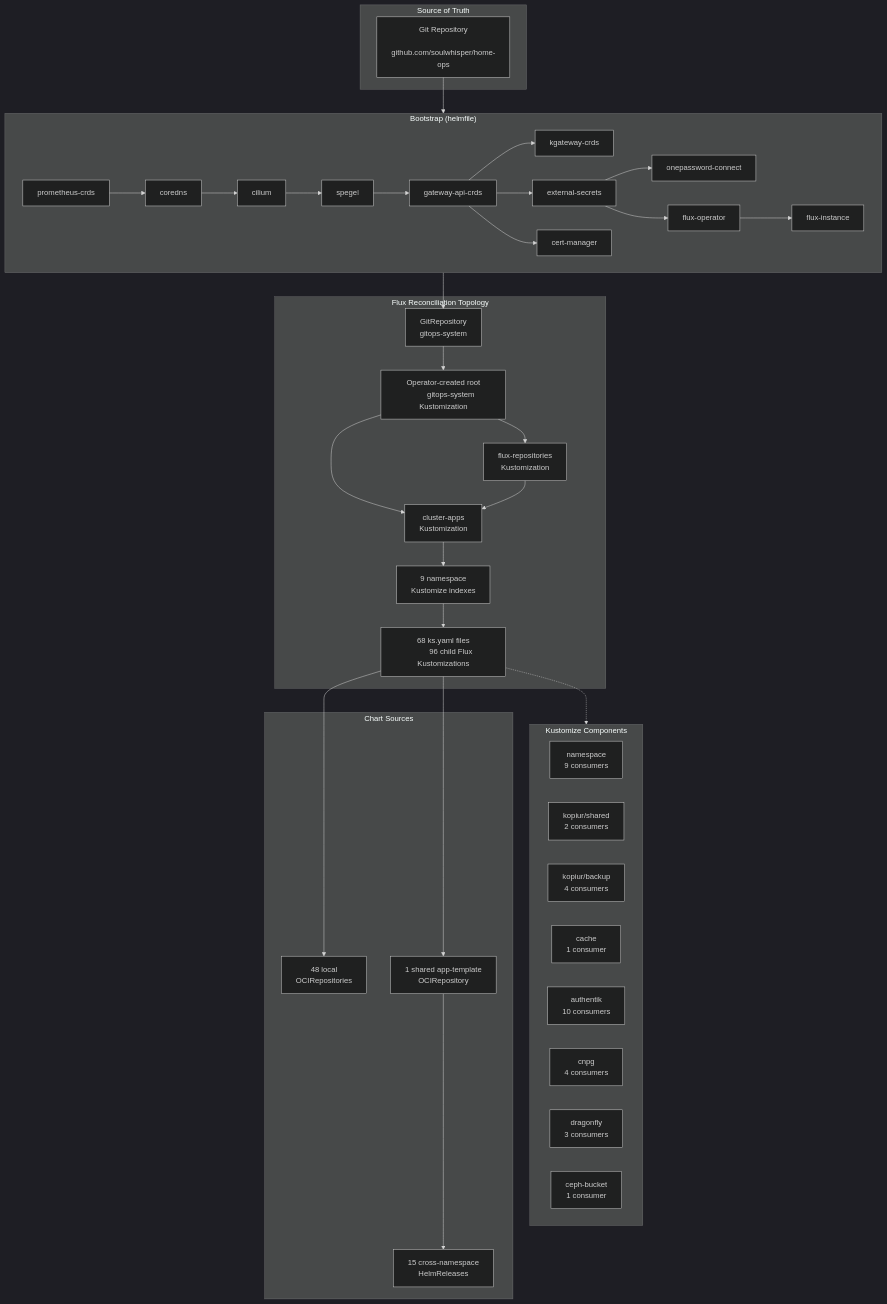
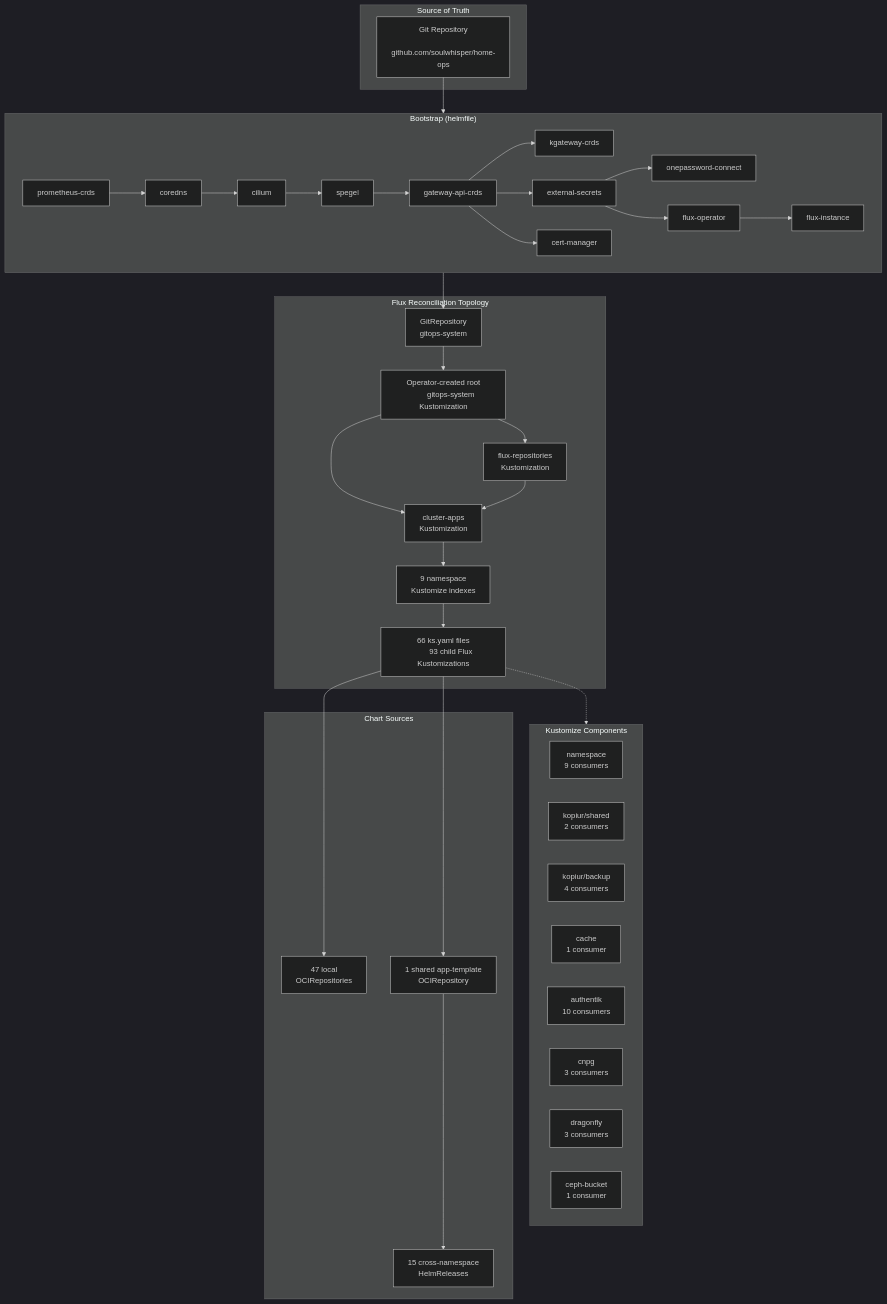
Before and after one commit to soulwhisper/home-ops: the diagram in docs/infrastructure/kubernetes.md, drawn with Mermaid (dark theme). The commit also changed other lines of this file and 95 other files, not shown here.

````diff
--- a/docs/infrastructure/kubernetes.md
+++ b/docs/infrastructure/kubernetes.md
@@ -12,71 +12,71 @@
 ```mermaid
 flowchart TB
     subgraph Source["Source of Truth"]
         GIT["Git Repository
         github.com/soulwhisper/home-ops"]
     end
 
     subgraph Bootstrap["Bootstrap (helmfile)"]
         direction LR
         B1["prometheus-crds"] --> B2["coredns"]
         B2 --> B3["cilium"]
         B3 --> B4["spegel"]
         B4 --> B5["gateway-api-crds"]
         B5 --> B6["kgateway-crds"]
         B5 --> B7["external-secrets"]
         B5 --> B8["cert-manager"]
         B7 --> B9["onepassword-connect"]
         B7 --> B11["flux-operator"]
         B11 --> B12["flux-instance"]
     end
 
     subgraph FluxTopo["Flux Reconciliation Topology"]
         GR["GitRepository
         gitops-system"] --> ROOT["Operator-created root
         gitops-system Kustomization"]
         ROOT --> FR["flux-repositories
         Kustomization"]
         ROOT --> CA["cluster-apps
         Kustomization"]
         FR --> CA
         CA --> NS["9 namespace
         Kustomize indexes"]
-        NS --> APPS["68 ks.yaml files
-        96 child Flux Kustomizations"]
+        NS --> APPS["66 ks.yaml files
+        93 child Flux Kustomizations"]
     end
 
     subgraph Components["Kustomize Components"]
         NS_COMP["namespace
         9 consumers"]
         KOPIUR_SECRET["kopiur/shared
         2 consumers"]
         KOPIUR_BACKUP["kopiur/backup
         4 consumers"]
         CACHE["cache
         1 consumer"]
         AUTHENTIK["authentik
         10 consumers"]
         CNPG["cnpg
-        4 consumers"]
+        3 consumers"]
         DRAGONFLY["dragonfly
         3 consumers"]
         CEPH["ceph-bucket
         1 consumer"]
     end
 
     subgraph Charts["Chart Sources"]
-        OCI_OWN["48 local
+        OCI_OWN["47 local
         OCIRepositories"]
         OCI_TPL["1 shared app-template
         OCIRepository"]
         CROSS["15 cross-namespace
         HelmReleases"]
     end
 
     GIT --> Bootstrap
     Bootstrap --> GR
     APPS -.-> Components
     APPS --> OCI_OWN
     APPS --> OCI_TPL
     OCI_TPL --> CROSS
 ```
````
